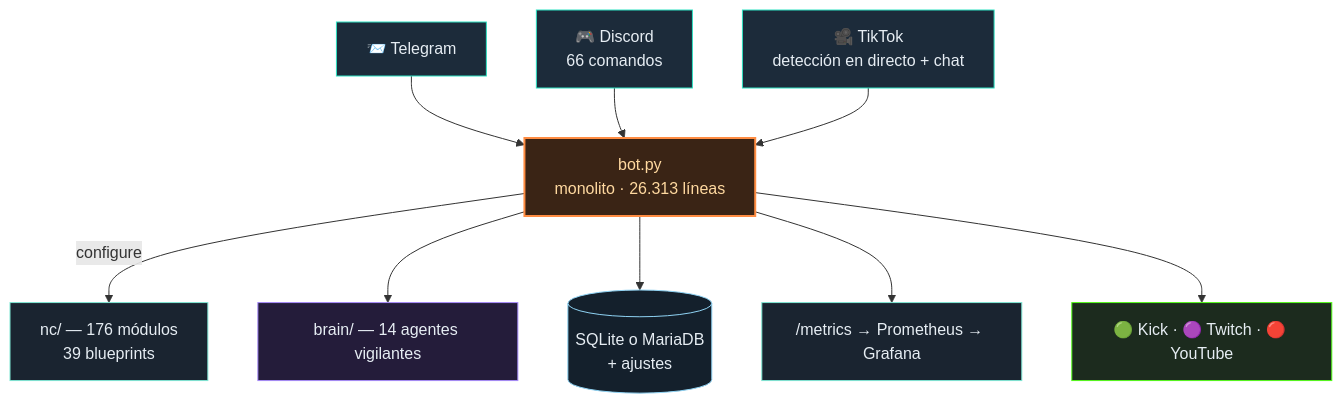
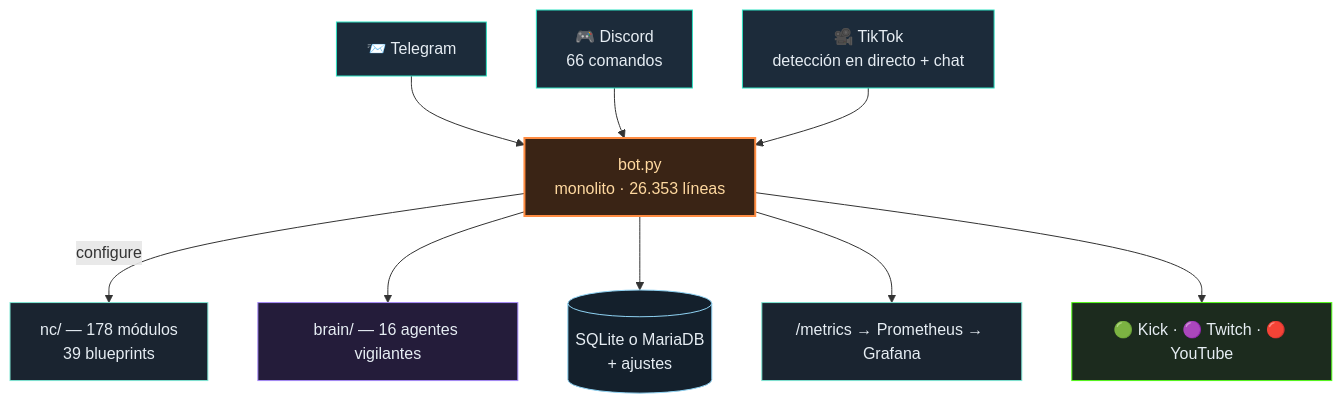
Before and after one commit to itsamemedev/Telegram-Stream-Info-Bot: the diagram in README.es.md, drawn with Mermaid. The commit also changed other lines of this file and 32 other files, not shown here.

````diff
--- a/README.es.md
+++ b/README.es.md
@@ -64,18 +64,18 @@
 ```mermaid
 flowchart TB
     TG["📨 Telegram"]:::ein --> BOT
     DC["🎮 Discord<br/>66 comandos"]:::ein --> BOT
     TT["🎥 TikTok<br/>detección en directo + chat"]:::ein --> BOT
-    BOT["bot.py<br/>monolito · 26.313 líneas"]:::core
-    BOT -->|configure| NC["nc/ — 176 módulos<br/>39 blueprints"]:::lib
-    BOT --> BRAIN["brain/ — 14 agentes vigilantes"]:::brain
+    BOT["bot.py<br/>monolito · 26.353 líneas"]:::core
+    BOT -->|configure| NC["nc/ — 178 módulos<br/>39 blueprints"]:::lib
+    BOT --> BRAIN["brain/ — 16 agentes vigilantes"]:::brain
     BOT --> DB[("SQLite o MariaDB<br/>+ ajustes")]:::db
     BOT --> PROM["/metrics → Prometheus → Grafana"]:::lib
     BOT --> OUT["🟢 Kick · 🟣 Twitch · 🔴 YouTube"]:::out
     classDef ein fill:#1c2b3a,stroke:#2de1c2,color:#e6edf3
     classDef core fill:#3a2415,stroke:#ff8c42,stroke-width:2px,color:#ffd9a0
     classDef lib fill:#1a2430,stroke:#7fe7d4,color:#e6edf3
     classDef brain fill:#241c3a,stroke:#a78bfa,color:#e6edf3
     classDef db fill:#14202c,stroke:#8fd3f4,color:#e6edf3
     classDef out fill:#1c2b1e,stroke:#53fc18,color:#e6edf3
 ```
````
